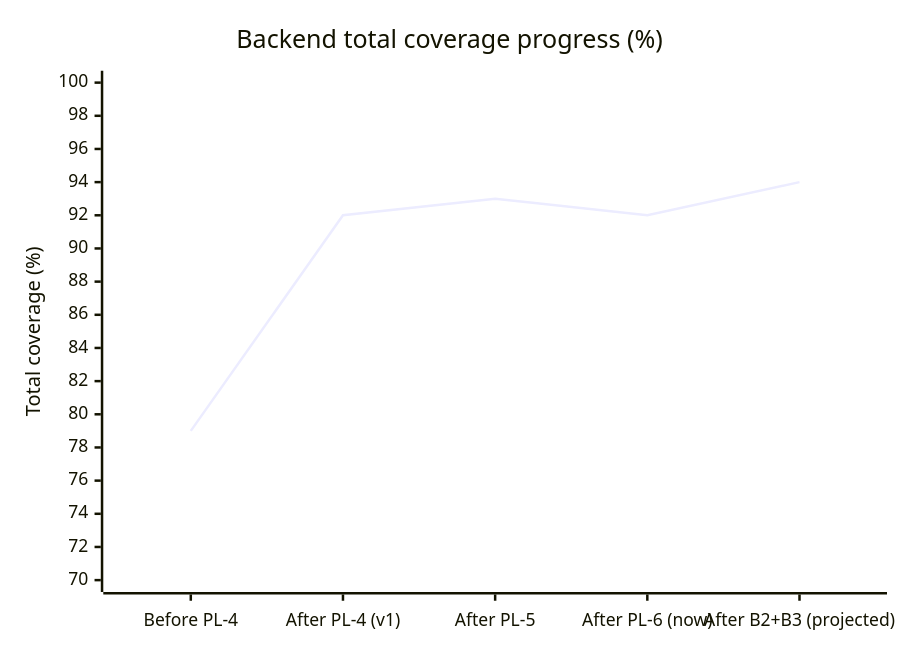
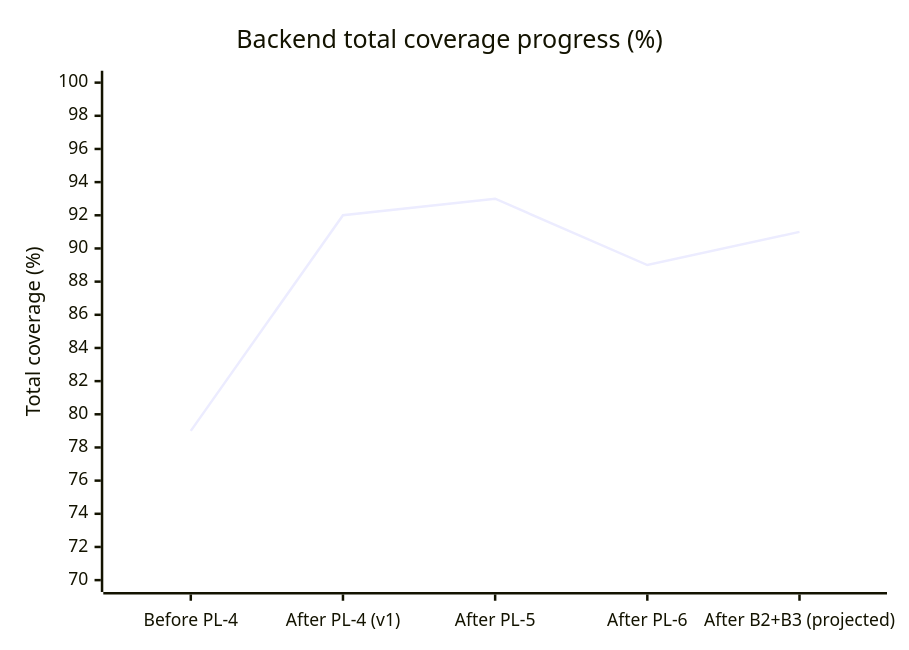
One commit to shaynemeyer/prelegal changed the fifth of 6 diagrams in docs/test-coverage-report.md. Above: the diagram before and after it, drawn with Mermaid. The commit also changed other lines of this file and 1 other file, not shown here.

````diff
--- a/docs/test-coverage-report.md
+++ b/docs/test-coverage-report.md
@@ -344,7 +368,7 @@
 ```mermaid
 xychart-beta
     title "Backend total coverage progress (%)"
-    x-axis ["Before PL-4", "After PL-4 (v1)", "After PL-5", "After PL-6 (now)", "After B2+B3 (projected)"]
+    x-axis ["Before PL-4", "After PL-4 (v1)", "After PL-5", "After PL-6", "After B2+B3 (projected)"]
     y-axis "Total coverage (%)" 70 --> 100
-    line [79, 92, 93, 92, 94]
+    line [79, 92, 93, 89, 91]
 ```
````
